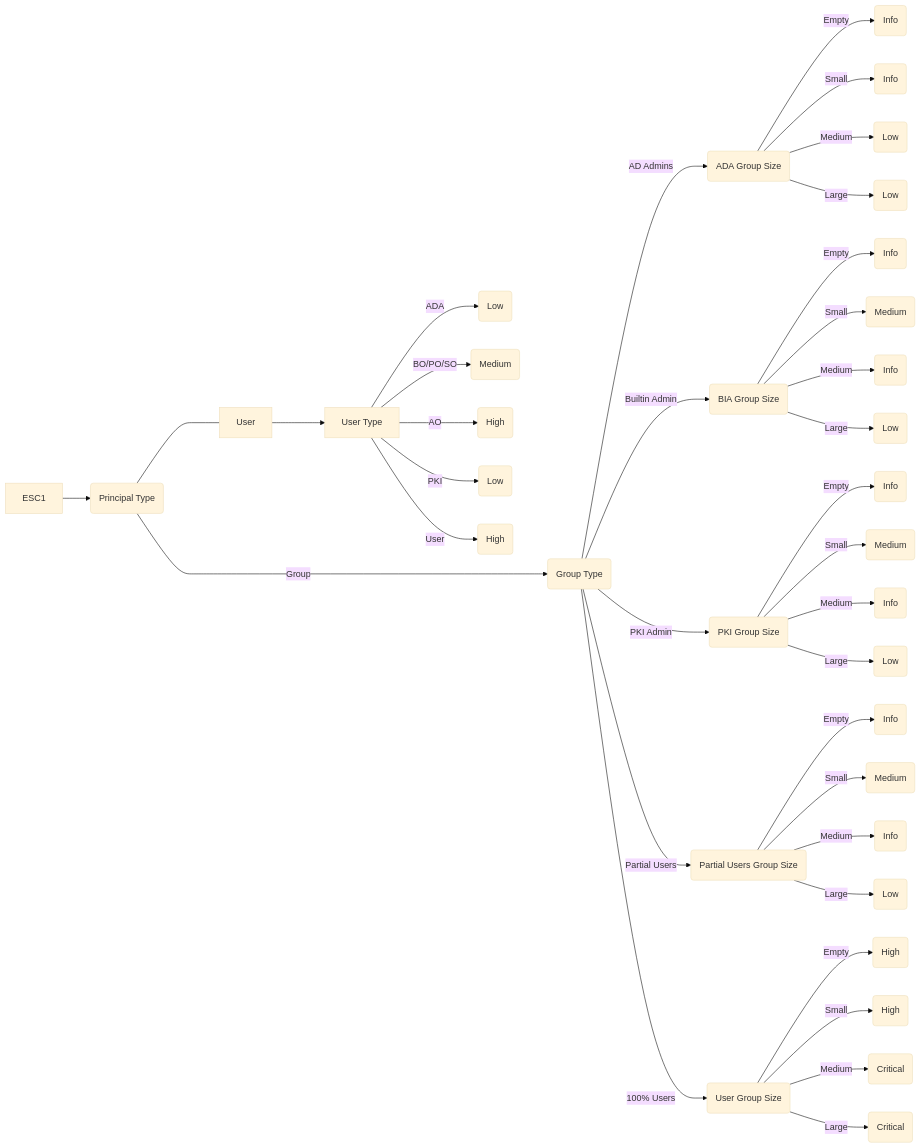
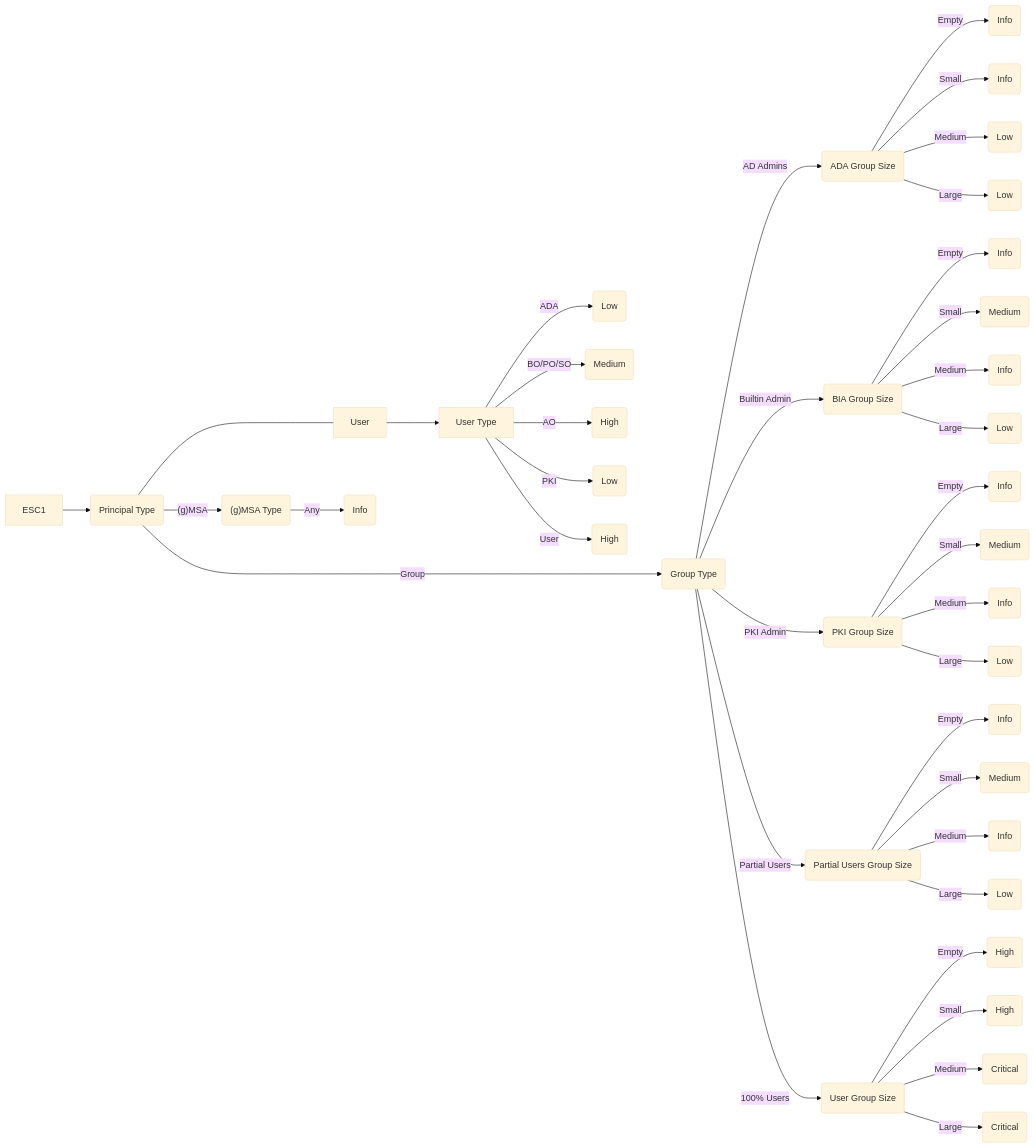
The diagram in Graphics/ESC1.md (TrimarcJake/Locksmith), drawn with Mermaid (base theme) before and after one commit.

````diff
--- a/Graphics/ESC1.md
+++ b/Graphics/ESC1.md
@@ -1,36 +1,38 @@
 ```mermaid
 flowchart LR
     ESC1 --> PrincipalType(Principal Type);
         PrincipalType ---- User --> UserType["User Type"];
             UserType -- ADA --> ADAUPriority(Low);
             UserType -- BO/PO/SO --> BIAUPriority(Medium);
             UserType -- AO --> AOUPriority(High);
             UserType -- PKI --> PKIAUPriority(Low);
             UserType -- User --> UserPriority(High);
     PrincipalType ------>|Group| GroupType("Group Type");
             GroupType -- AD Admins --> ADASize(ADA Group Size);
                 ADASize -- Empty --> ADAEGPriority(Info);
                 ADASize -- Small --> ADASGPriority(Info);
                 ADASize -- Medium --> ADAMGPriority(Low);
                 ADASize -- Large --> ADALGPriority(Low);
             GroupType -- Builtin Admin --> BIASize(BIA Group Size);
                 BIASize -- Empty --> BIAEGPriority(Info);
                 BIASize -- Small --> BIASGPriority(Medium);
                 BIASize -- Medium --> BIAMGPriority(Info);
                 BIASize -- Large --> BIALGPriority(Low);
             GroupType -- PKI Admin --> PKIASize(PKI Group Size);
                 PKIASize -- Empty --> PKIAEGPriority(Info);
                 PKIASize -- Small --> PKIASGPriority(Medium);
                 PKIASize -- Medium --> PKIAMGPriority(Info);
                 PKIASize -- Large --> PKIALGPriority(Low);
             GroupType -- Partial Users --> SomeUsersSize(Partial Users Group Size);
                 SomeUsersSize -- Empty --> SomeUsersEGPriority(Info);
                 SomeUsersSize -- Small --> SomeUsersSGPriority(Medium);
                 SomeUsersSize -- Medium --> SomeUsersMGPriority(Info);
                 SomeUsersSize -- Large --> SomeUsersLGPriority(Low);
             GroupType -- 100% Users --> UsersSize(User Group Size);
                 UsersSize -- Empty --> UsersEGPriority(High);
                 UsersSize -- Small --> UsersSGPriority(High);
                 UsersSize -- Medium --> UsersMGPriority(Critical);
                 UsersSize -- Large --> UsersLGPriority(Critical);
+    PrincipalType -- (g)MSA --> gMSAType("(g)MSA Type");
+            gMSAType -- Any --> gMSAPriority(Info);
 ```
````
